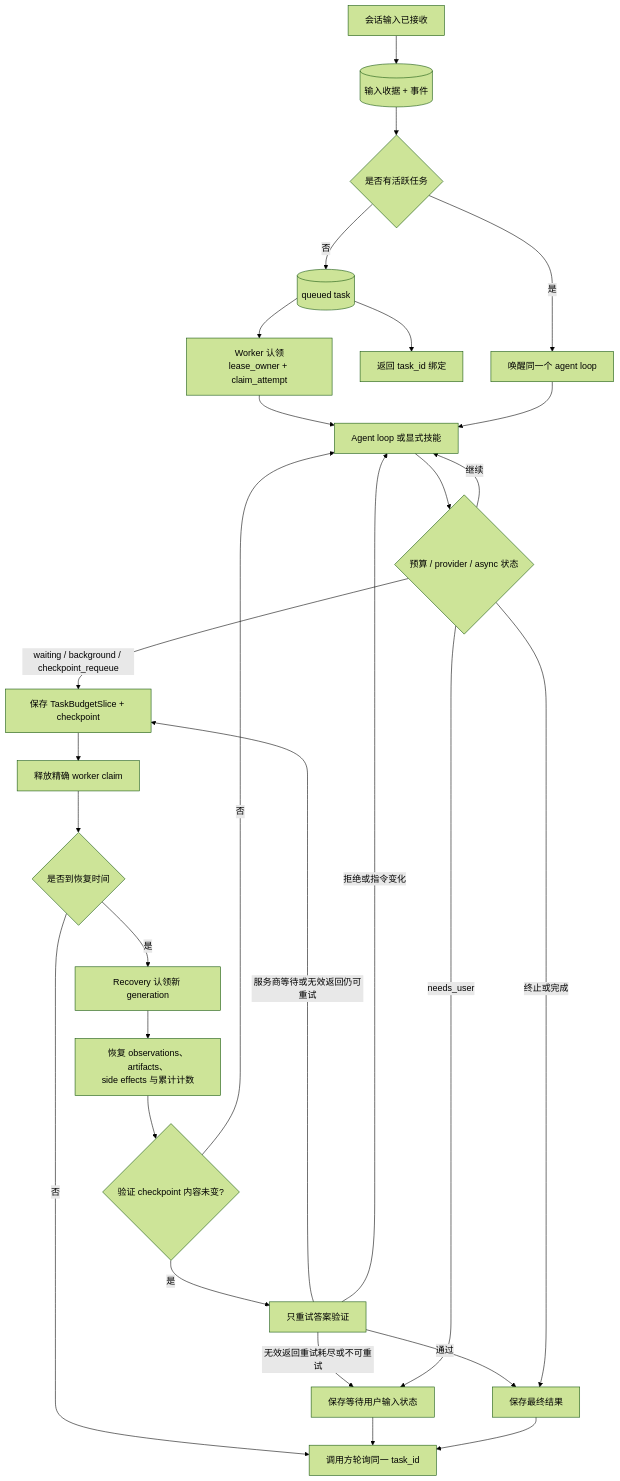
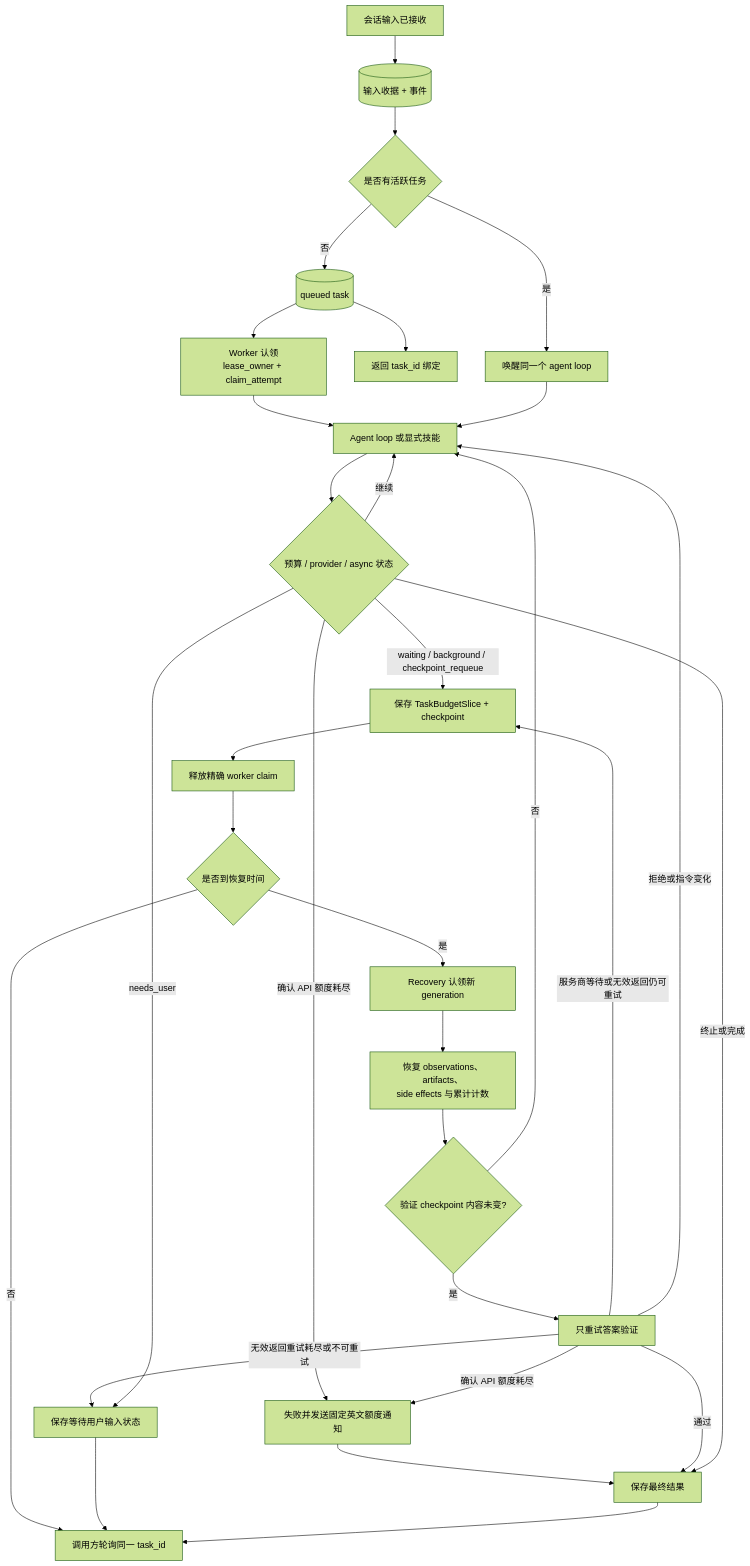
One commit to MatrixCoreX/RustClaw changed the second of 5 diagrams in docs/architecture/03-task-state-context.zh-CN.md. Above: the diagram before and after it, drawn with Mermaid (forest theme). The commit also changed other lines of this file and 36 other files, not shown here.

````diff
--- a/docs/architecture/03-task-state-context.zh-CN.md
+++ b/docs/architecture/03-task-state-context.zh-CN.md
@@ -119,30 +124,33 @@
 ```mermaid
 flowchart TD
     A[会话输入已接收] --> A1[(输入收据 + 事件)]
     A1 --> A2{是否有活跃任务}
     A2 -->|否| B[(queued task)]
     A2 -->|是| A3[唤醒同一个 agent loop]
     B --> C[返回 task_id 绑定]
     B --> D[Worker 认领<br/>lease_owner + claim_attempt]
     D --> E[Agent loop 或显式技能]
     A3 --> E
     E --> F{预算 / provider / async 状态}
     F -->|继续| E
+    F -->|确认 API 额度耗尽| Q[失败并发送固定英文额度通知]
+    Q --> M
     F -->|waiting / background / checkpoint_requeue| G[保存 TaskBudgetSlice + checkpoint]
     G --> H[释放精确 worker claim]
     H --> I{是否到恢复时间}
     I -->|否| J[调用方轮询同一 task_id]
     I -->|是| K[Recovery 认领新 generation]
     K --> L[恢复 observations、artifacts、<br/>side effects 与累计计数]
     L --> LV{验证 checkpoint 内容未变?}
     LV -->|是| VV[只重试答案验证]
     LV -->|否| E
     VV -->|通过| M
+    VV -->|确认 API 额度耗尽| Q
     VV -->|服务商等待或无效返回仍可重试| G
     VV -->|无效返回重试耗尽或不可重试| N
     VV -->|拒绝或指令变化| E
     F -->|needs_user| N[保存等待用户输入状态]
     N --> J
     F -->|终止或完成| M[保存最终结果]
     M --> J
 ```
````
